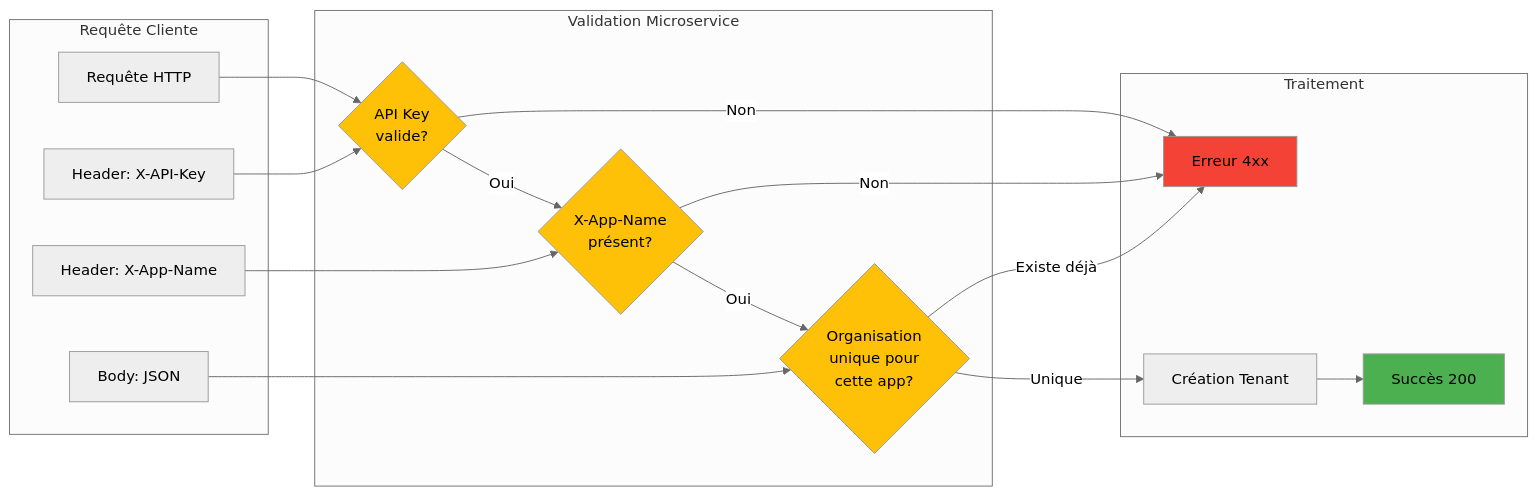
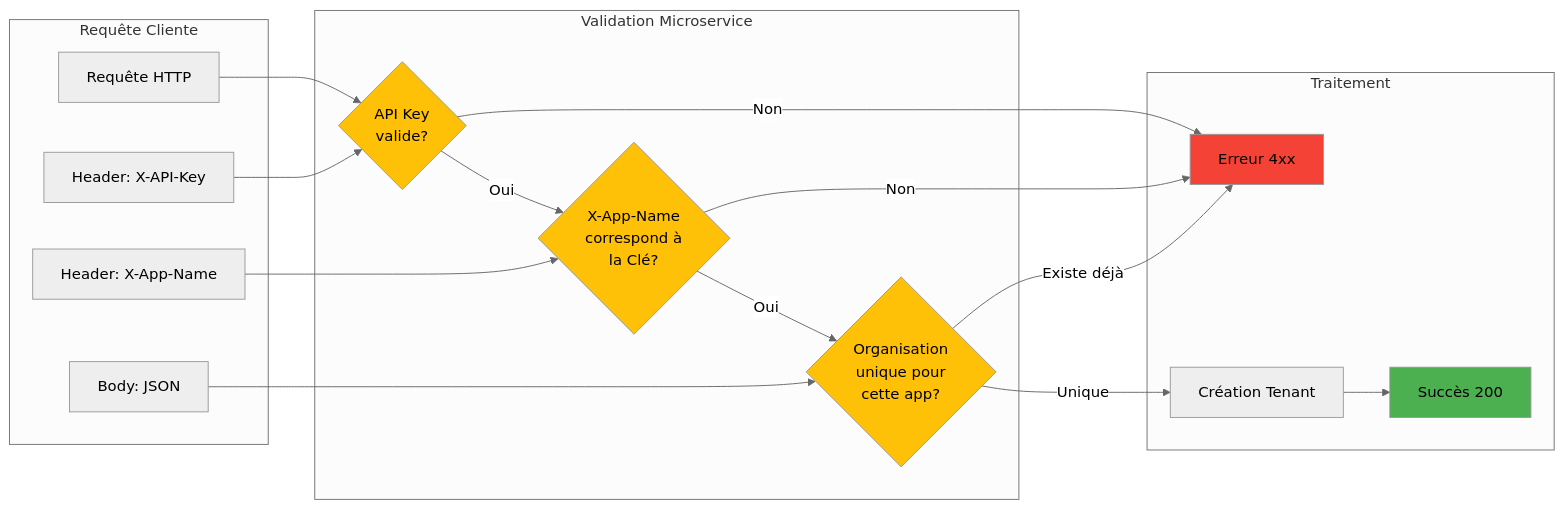
The third of 5 diagrams in SCHEMAS_VISUELS.md (Raftfg/Process_onboarding), drawn with Mermaid (neutral theme) before and after one commit. The commit also changed other lines of this file and 12 other files, not shown here.

````diff
--- a/SCHEMAS_VISUELS.md
+++ b/SCHEMAS_VISUELS.md
@@ -147,40 +150,40 @@
 ```mermaid
 graph LR
     subgraph "Requête Cliente"
         REQ[Requête HTTP]
         H1[Header: X-API-Key]
         H2[Header: X-App-Name]
         BODY[Body: JSON]
     end
     
     subgraph "Validation Microservice"
         V1{API Key<br/>valide?}
-        V2{X-App-Name<br/>présent?}
+        V2{X-App-Name<br/>correspond à<br/>la Clé?}
         V3{Organisation<br/>unique pour<br/>cette app?}
     end
     
     subgraph "Traitement"
         PROC[Création Tenant]
         SUCCESS[Succès 200]
         ERROR[Erreur 4xx]
     end
     
     REQ --> V1
     H1 --> V1
     H2 --> V2
     BODY --> V3
     
     V1 -->|Non| ERROR
     V1 -->|Oui| V2
     V2 -->|Non| ERROR
     V2 -->|Oui| V3
     V3 -->|Existe déjà| ERROR
     V3 -->|Unique| PROC
     PROC --> SUCCESS
     
     style V1 fill:#FFC107
     style V2 fill:#FFC107
     style V3 fill:#FFC107
     style SUCCESS fill:#4CAF50
     style ERROR fill:#F44336
 ```
````
